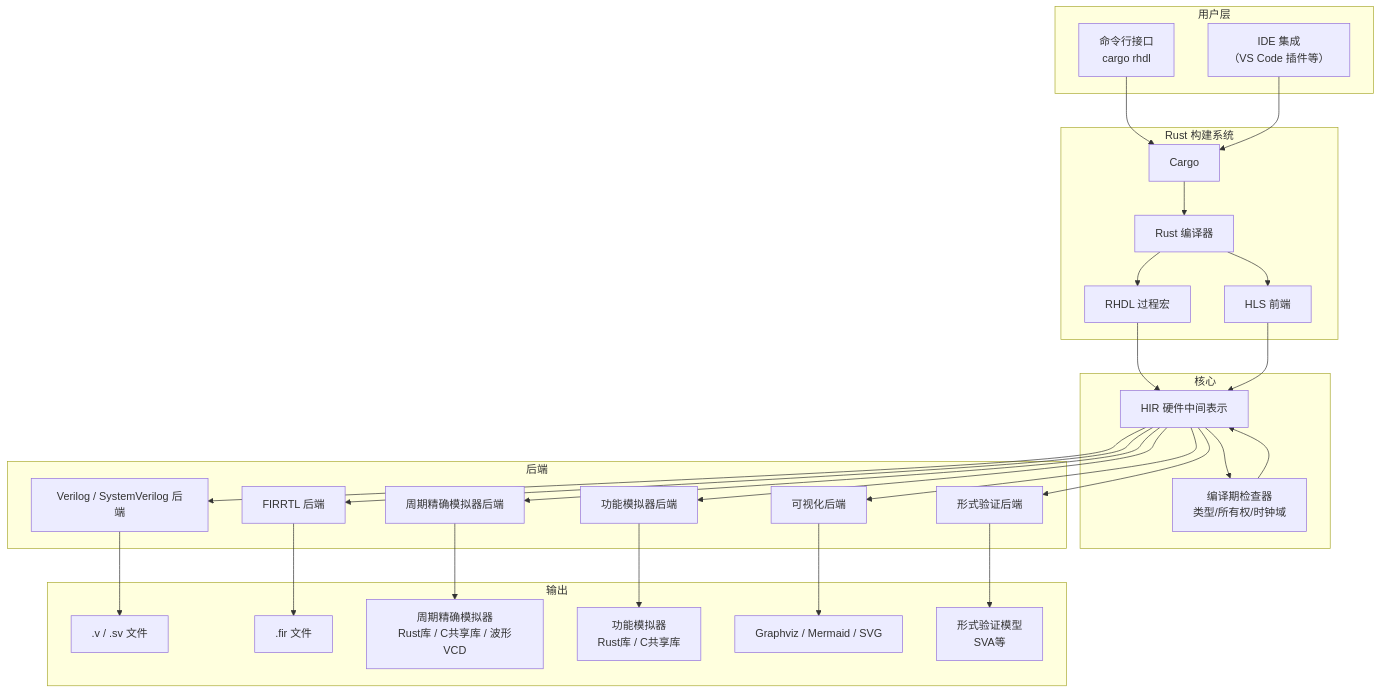
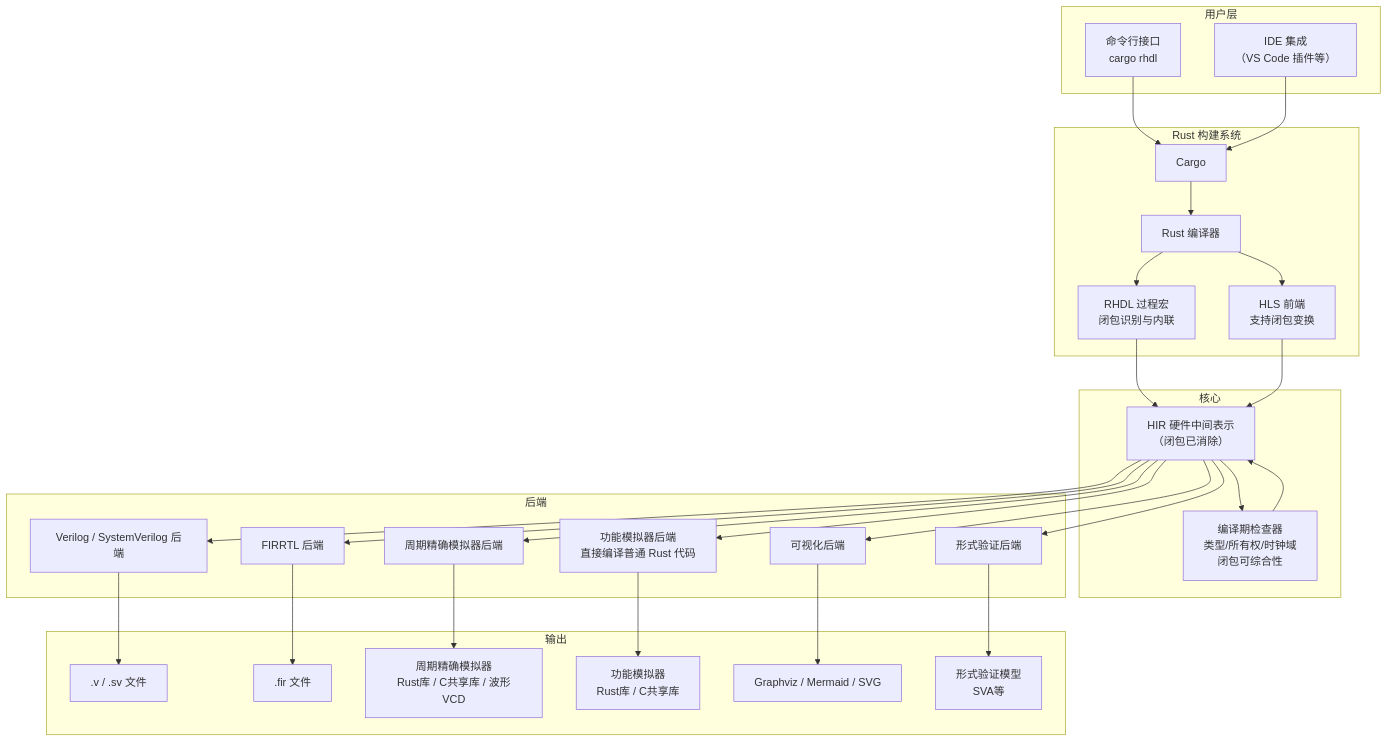
The first of 19 diagrams in docs/requirements/13. 工具链与后端.md (TangCan/bitloom), drawn with Mermaid before and after one commit. The commit also changed other lines of this file and 17 other files, not shown here.

````diff
--- a/docs/requirements/13. 工具链与后端.md
+++ b/docs/requirements/13. 工具链与后端.md
@@ -9,54 +15,53 @@
 ```mermaid
 flowchart TB
     subgraph 用户层
         CLI[命令行接口<br>cargo rhdl]
         IDE[IDE 集成<br>（VS Code 插件等）]
     end
 
     subgraph Rust 构建系统
         Cargo[Cargo]
         Rustc[Rust 编译器]
-        Macro[RHDL 过程宏]
-        HLS[HLS 前端]
+        Macro[RHDL 过程宏<br>闭包识别与内联]
+        HLS[HLS 前端<br>支持闭包变换]
     end
 
     subgraph 核心
-        HIR[HIR 硬件中间表示]
-        Check[编译期检查器<br>类型/所有权/时钟域]
+        HIR[HIR 硬件中间表示<br>（闭包已消除）]
+        Check[编译期检查器<br>类型/所有权/时钟域<br>闭包可综合性]
     end
 
     subgraph 后端
         VerilogBE[Verilog / SystemVerilog 后端]
         FIRRTLBE[FIRRTL 后端]
         CSIMBE[周期精确模拟器后端]
-        FSIMBE[功能模拟器后端]
+        FSIMBE[功能模拟器后端<br>直接编译普通 Rust 代码]
         VisBE[可视化后端]
         FormalBE[形式验证后端]
     end
 
     subgraph 输出
         Verilog[.v / .sv 文件]
         FIRRTL[.fir 文件]
         CSim[周期精确模拟器<br>Rust库 / C共享库 / 波形VCD]
         FSim[功能模拟器<br>Rust库 / C共享库]
         Diagrams[Graphviz / Mermaid / SVG]
         Formal[形式验证模型<br>SVA等]
     end
 
     CLI --> Cargo
     IDE --> Cargo
     Cargo --> Rustc
     Rustc --> Macro
     Rustc --> HLS
     Macro --> HIR
     HLS --> HIR
     HIR --> Check
     Check --> HIR
     HIR --> VerilogBE --> Verilog
     HIR --> FIRRTLBE --> FIRRTL
     HIR --> CSIMBE --> CSim
     HIR --> FSIMBE --> FSim
     HIR --> VisBE --> Diagrams
     HIR --> FormalBE --> Formal
-
 ```
````
